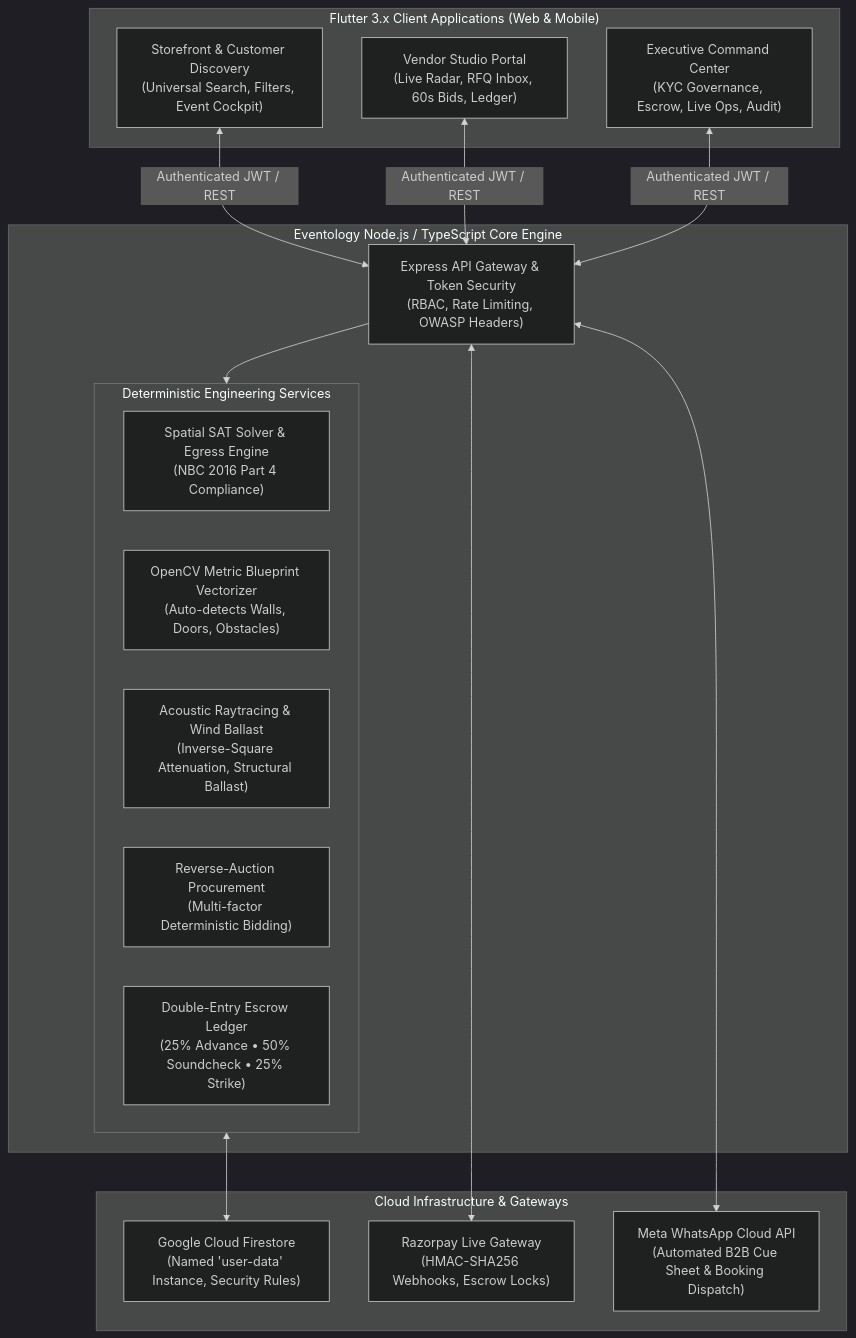
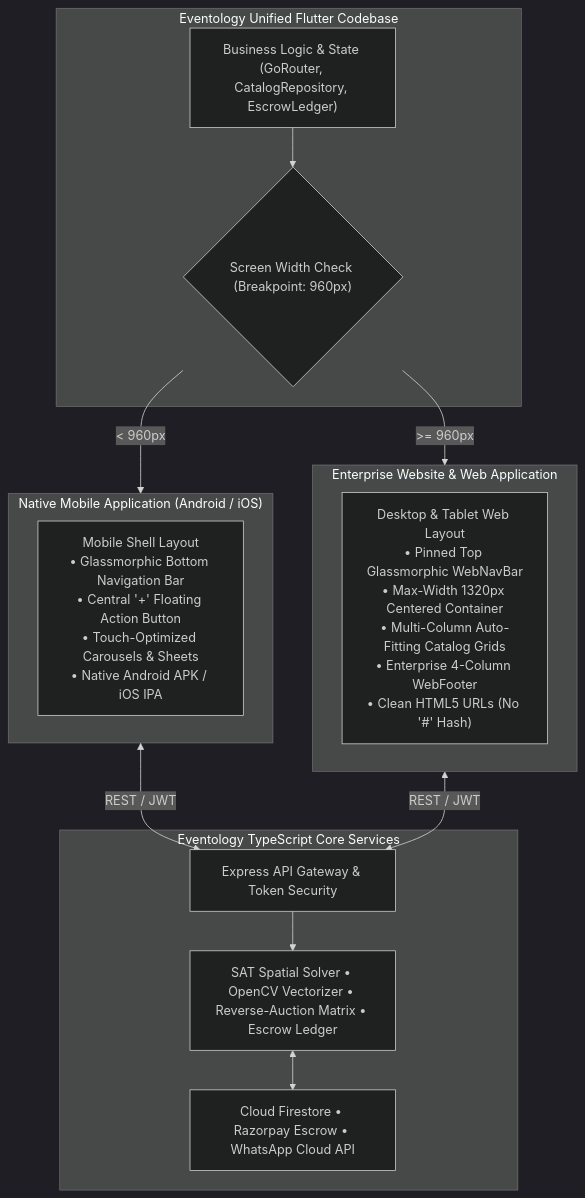
Before and after one commit to DeepannkarGupta0/Eventalogy: the diagram in README.md, drawn with Mermaid (dark theme). The commit also changed other lines of this file, not shown here.

Commit message:
docs: document unified multiplatform topology, adaptive web/mobile breakpoints, and build commands

````diff
--- a/README.md
+++ b/README.md
@@ -39,32 +42,29 @@
 ```mermaid
 flowchart TB
-    subgraph Frontend["Flutter 3.x Client Applications (Web & Mobile)"]
-        UI_User["Storefront & Customer Discovery\n(Universal Search, Filters, Event Cockpit)"]
-        UI_Vendor["Vendor Studio Portal\n(Live Radar, RFQ Inbox, 60s Bids, Ledger)"]
-        UI_Admin["Executive Command Center\n(KYC Governance, Escrow, Live Ops, Audit)"]
+    subgraph Core["Eventology Unified Flutter Codebase"]
+        State["Business Logic & State (GoRouter, CatalogRepository, EscrowLedger)"]
+        Breakpoints{"Screen Width Check (Breakpoint: 960px)"}
+        State --> Breakpoints
     end
 
-    subgraph Backend["Eventology Node.js / TypeScript Core Engine"]
-        API_Gateway["Express API Gateway & Token Security\n(RBAC, Rate Limiting, OWASP Headers)"]
-        
-        subgraph Engines["Deterministic Engineering Services"]
-            ENG_Spatial["Spatial SAT Solver & Egress Engine\n(NBC 2016 Part 4 Compliance)"]
-            ENG_Vision["OpenCV Metric Blueprint Vectorizer\n(Auto-detects Walls, Doors, Obstacles)"]
-            ENG_Physics["Acoustic Raytracing & Wind Ballast\n(Inverse-Square Attenuation, Structural Ballast)"]
-            ENG_Auction["Reverse-Auction Procurement\n(Multi-factor Deterministic Bidding)"]
-            ENG_Settlement["Double-Entry Escrow Ledger\n(25% Advance • 50% Soundcheck • 25% Strike)"]
-        end
+    subgraph MobileOutput["Native Mobile Application (Android / iOS)"]
+        MobileShell["Mobile Shell Layout\n• Glassmorphic Bottom Navigation Bar\n• Central '+' Floating Action Button\n• Touch-Optimized Carousels & Sheets\n• Native Android APK / iOS IPA"]
     end
 
-    subgraph Integrations["Cloud Infrastructure & Gateways"]
-        DB["Google Cloud Firestore\n(Named 'user-data' Instance, Security Rules)"]
-        RP["Razorpay Live Gateway\n(HMAC-SHA256 Webhooks, Escrow Locks)"]
-        WA["Meta WhatsApp Cloud API\n(Automated B2B Cue Sheet & Booking Dispatch)"]
+    subgraph WebOutput["Enterprise Website & Web Application"]
+        WebShell["Desktop & Tablet Web Layout\n• Pinned Top Glassmorphic WebNavBar\n• Max-Width 1320px Centered Container\n• Multi-Column Auto-Fitting Catalog Grids\n• Enterprise 4-Column WebFooter\n• Clean HTML5 URLs (No '#' Hash)"]
     end
 
-    UI_User & UI_Vendor & UI_Admin <-->|Authenticated JWT / REST| API_Gateway
-    API_Gateway --> Engines
-    Engines <--> DB
-    API_Gateway <--> RP
-    API_Gateway <--> WA
+    Breakpoints -->|< 960px| MobileOutput
+    Breakpoints -->|>= 960px| WebOutput
+
+    subgraph Backend["Eventology TypeScript Core Services"]
+        API["Express API Gateway & Token Security"]
+        Engines["SAT Spatial Solver • OpenCV Vectorizer • Reverse-Auction Matrix • Escrow Ledger"]
+        DB["Cloud Firestore • Razorpay Escrow • WhatsApp Cloud API"]
+        API --> Engines <--> DB
+    end
+
+    MobileOutput <-->|REST / JWT| API
+    WebOutput <-->|REST / JWT| API
 ```
````
